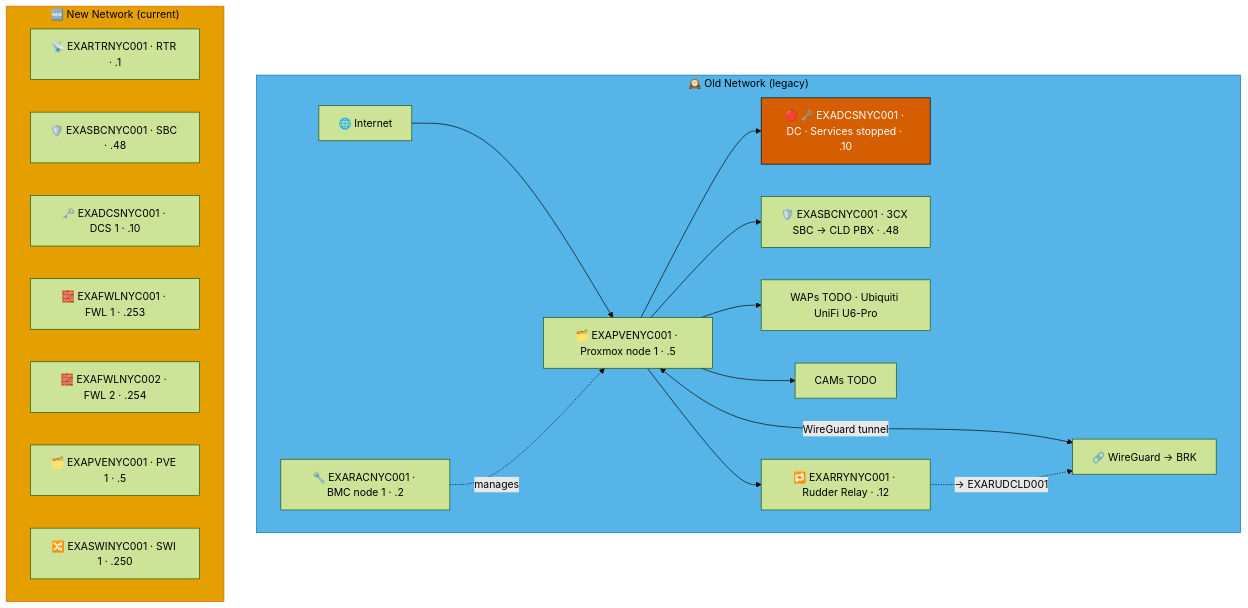
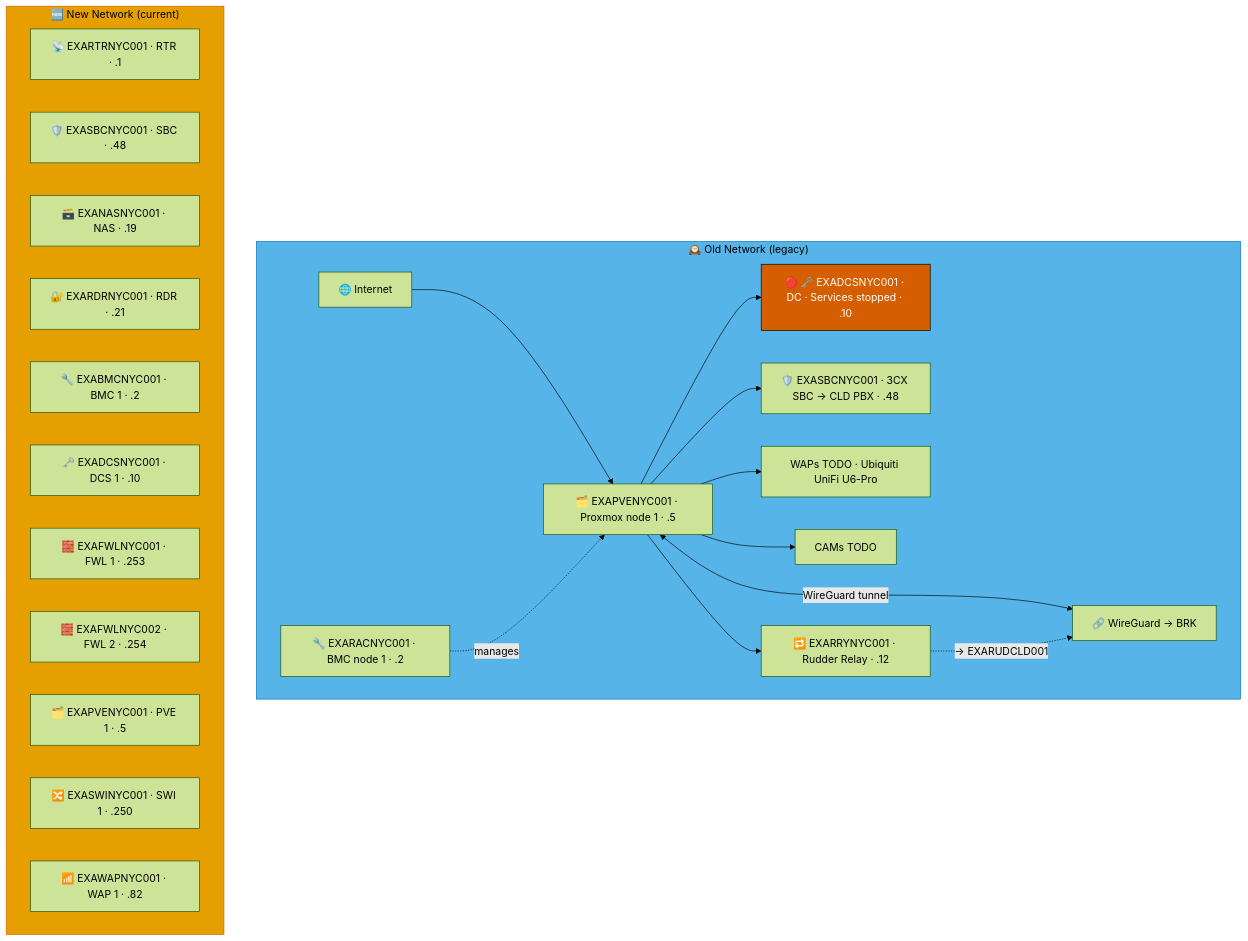
One commit to knightmare2600/example_music_infra changed the second of 8 diagrams in docs/network-diagram/united-states.md. Above: the diagram before and after it, drawn with Mermaid (forest theme). The commit also changed other lines of this file and 15 other files, not shown here.

````diff
--- a/docs/network-diagram/united-states.md
+++ b/docs/network-diagram/united-states.md
@@ -91,37 +95,41 @@
 ```mermaid
 graph TD
     subgraph OLD_NYC ["🕰️ Old Network (legacy)"]
       INET["🌐 Internet"]
       RAC["🔧 EXARACNYC001 · BMC node 1 · .2"]
       PVE["🗂️ EXAPVENYC001 · Proxmox node 1 · .5"]
       DC["🔴 🗝️ EXADCSNYC001 · DC · Services stopped · .10"]
       SBC["🛡️ EXASBCNYC001 · 3CX SBC → CLD PBX · .48"]
       RRY["🔁 EXARRYNYC001 · Rudder Relay · .12"]
       WAP["WAPs TODO · Ubiquiti UniFi U6-Pro"]
       CAM["CAMs TODO"]
       VPN["🔗 WireGuard → BRK"]
 
       INET --> PVE --> DC & SBC
       RAC -.->|"manages"| PVE
       PVE --> WAP & CAM
       PVE <-->|"WireGuard tunnel"| VPN
 
       PVE --> RRY
       RRY -. "→ EXARUDCLD001" .-> VPN
     end
     style OLD_NYC fill:#56B4E9,stroke:#0072B2,color:#000000
     %% GENERATED:NEW-NETWORK:NYC:START
     subgraph NEW_NYC ["🆕 New Network (current)"]
       N_RTR["📡 EXARTRNYC001 · RTR · .1"]
       N_SBC["🛡️ EXASBCNYC001 · SBC · .48"]
+      N_NAS["🗃️ EXANASNYC001 · NAS · .19"]
+      N_RDR["🔐 EXARDRNYC001 · RDR · .21"]
+      N_BMC["🔧 EXABMCNYC001 · BMC 1 · .2"]
       N_DCS["🗝️ EXADCSNYC001 · DCS 1 · .10"]
       N_FWL["🧱 EXAFWLNYC001 · FWL 1 · .253"]
       N_FWL2["🧱 EXAFWLNYC002 · FWL 2 · .254"]
       N_PVE["🗂️ EXAPVENYC001 · PVE 1 · .5"]
       N_SWI["🔀 EXASWINYC001 · SWI 1 · .250"]
+      N_WAP["📶 EXAWAPNYC001 · WAP 1 · .82"]
     end
     style NEW_NYC fill:#E69F00,stroke:#D55E00,color:#000000
     %% GENERATED:NEW-NETWORK:NYC:END
     classDef warn fill:#D55E00,stroke:#000000,color:#ffffff
     class DC warn
 ```
````
